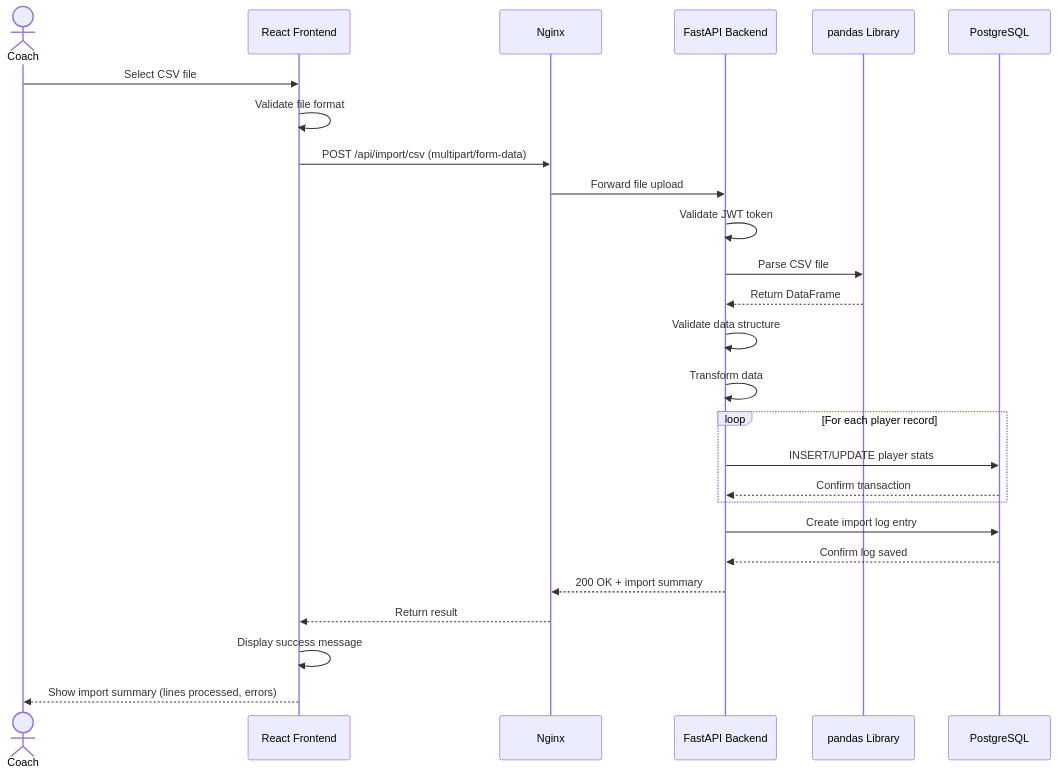
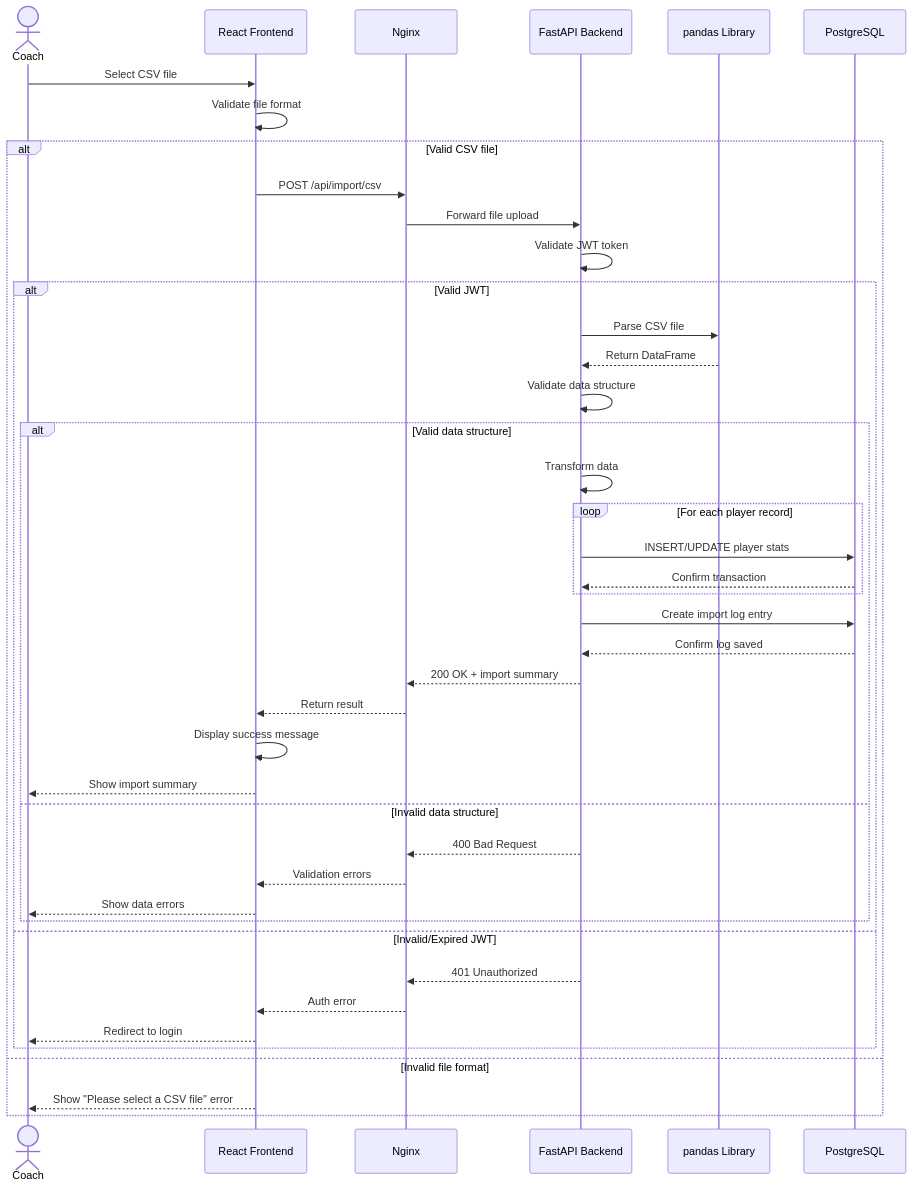
One commit to loicleguen/Portfolio-Project changed the fifth of 7 diagrams in README.md. Above: the diagram before and after it, drawn with Mermaid. The commit also changed other lines of this file, not shown here.

Commit message:
Enhance sequence diagrams in README.md with detailed user authentication and CSV import flows

````diff
--- a/README.md
+++ b/README.md
@@ -749,31 +764,50 @@
 ```mermaid
 sequenceDiagram
     actor Coach
     participant Frontend as React Frontend
     participant Nginx
     participant Backend as FastAPI Backend
     participant Pandas as pandas Library
     participant DB as PostgreSQL
     
     Coach->>Frontend: Select CSV file
     Frontend->>Frontend: Validate file format
-    Frontend->>Nginx: POST /api/import/csv (multipart/form-data)
-    Nginx->>Backend: Forward file upload
-    Backend->>Backend: Validate JWT token
-    Backend->>Pandas: Parse CSV file
-    Pandas-->>Backend: Return DataFrame
-    Backend->>Backend: Validate data structure
-    Backend->>Backend: Transform data
     
-    loop For each player record
-        Backend->>DB: INSERT/UPDATE player stats
-        DB-->>Backend: Confirm transaction
+    alt Valid CSV file
+        Frontend->>Nginx: POST /api/import/csv
+        Nginx->>Backend: Forward file upload
+        Backend->>Backend: Validate JWT token
+        
+        alt Valid JWT
+            Backend->>Pandas: Parse CSV file
+            Pandas-->>Backend: Return DataFrame
+            Backend->>Backend: Validate data structure
+            
+            alt Valid data structure
+                Backend->>Backend: Transform data
+                
+                loop For each player record
+                    Backend->>DB: INSERT/UPDATE player stats
+                    DB-->>Backend: Confirm transaction
+                end
+                
+                Backend->>DB: Create import log entry
+                DB-->>Backend: Confirm log saved
+                Backend-->>Nginx: 200 OK + import summary
+                Nginx-->>Frontend: Return result
+                Frontend->>Frontend: Display success message
+                Frontend-->>Coach: Show import summary
+            else Invalid data structure
+                Backend-->>Nginx: 400 Bad Request
+                Nginx-->>Frontend: Validation errors
+                Frontend-->>Coach: Show data errors
+            end
+        else Invalid/Expired JWT
+            Backend-->>Nginx: 401 Unauthorized
+            Nginx-->>Frontend: Auth error
+            Frontend-->>Coach: Redirect to login
+        end
+    else Invalid file format
+        Frontend-->>Coach: Show "Please select a CSV file" error
     end
-    
-    Backend->>DB: Create import log entry
-    DB-->>Backend: Confirm log saved
-    Backend-->>Nginx: 200 OK + import summary
-    Nginx-->>Frontend: Return result
-    Frontend->>Frontend: Display success message
-    Frontend-->>Coach: Show import summary (lines processed, errors)
 ```
````
